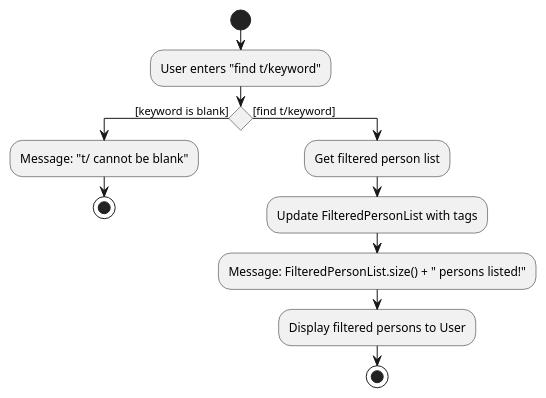
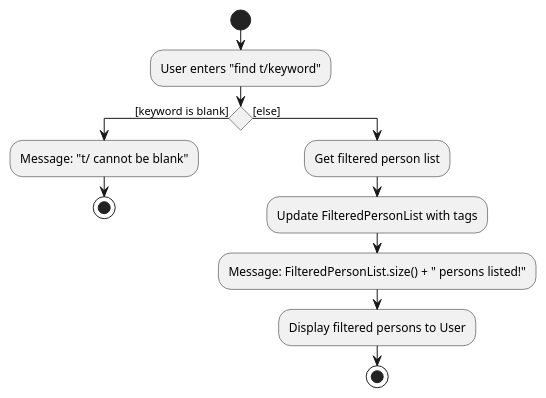
One commit to delonlee01/tp changed the diagram in docs/diagrams/FindActivityDiagram.puml. Above: the diagram before and after it, drawn with PlantUML.

```diff
--- a/docs/diagrams/FindActivityDiagram.puml
+++ b/docs/diagrams/FindActivityDiagram.puml
@@ -1,17 +1,17 @@
 @startuml
 start
 
 :User enters "find t/keyword";
 if () then ([keyword is blank])
     :Message: "t/ cannot be blank";
     stop
-else ([find t/keyword])
+else ([else])
     :Get filtered person list;
 
     :Update FilteredPersonList with tags;
 
     :Message: FilteredPersonList.size() + " persons listed!";
 
     :Display filtered persons to User;
     stop
 @enduml
```
